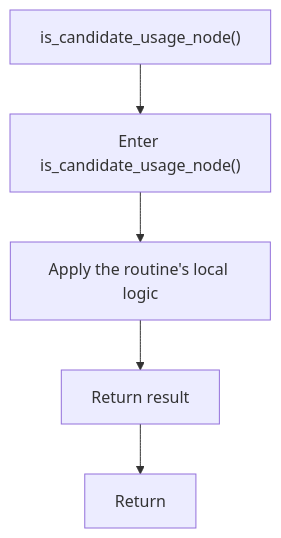
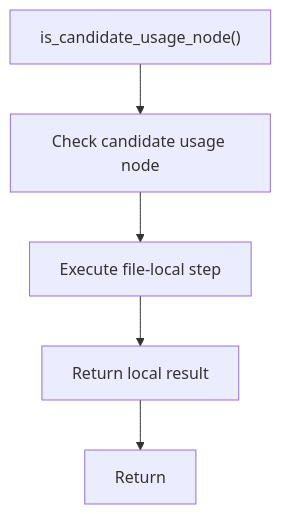
One commit to JohnAndrewBalbarosa/NeoTerritory changed the diagram in docs/Codebase/Microservice/Modules/Source/Analysis/ImplementationUse/Resolution/Symbols/Resolve/Flow/functions/is_candidate_usage_node.cpp.md. Above: the diagram before and after it, drawn with Mermaid. The commit also changed other lines of this file and 915 other files, not shown here.

````diff
--- a/docs/Codebase/Microservice/Modules/Source/Analysis/ImplementationUse/Resolution/Symbols/Resolve/Flow/functions/is_candidate_usage_node.cpp.md
+++ b/docs/Codebase/Microservice/Modules/Source/Analysis/ImplementationUse/Resolution/Symbols/Resolve/Flow/functions/is_candidate_usage_node.cpp.md
@@ -15,12 +15,12 @@
 ```mermaid
 flowchart TD
     Start["is_candidate_usage_node()"]
-    N0["Enter is_candidate_usage_node()"]
-    N1["Apply the routine's local logic"]
-    N2["Return result"]
+    N0["Check candidate usage node"]
+    N1["Execute file-local step"]
+    N2["Return local result"]
     End["Return"]
     Start --> N0
     N0 --> N1
     N1 --> N2
     N2 --> End
 ```
````
